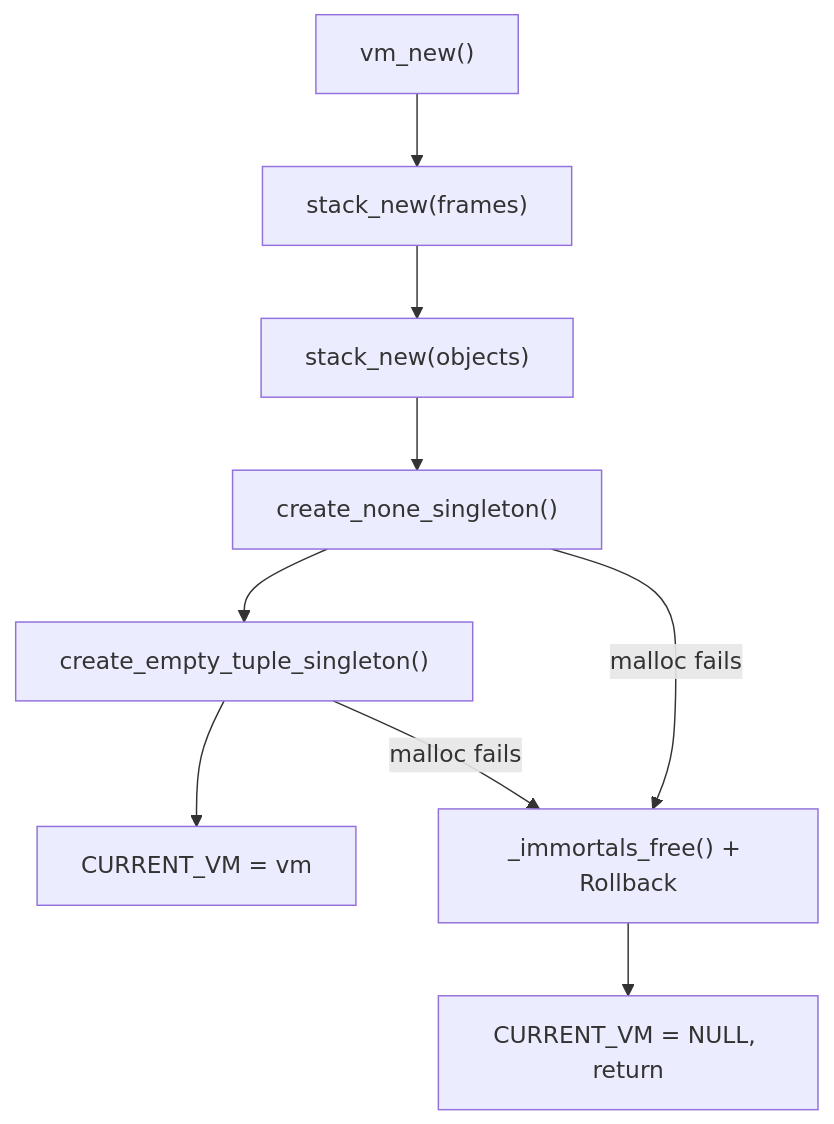
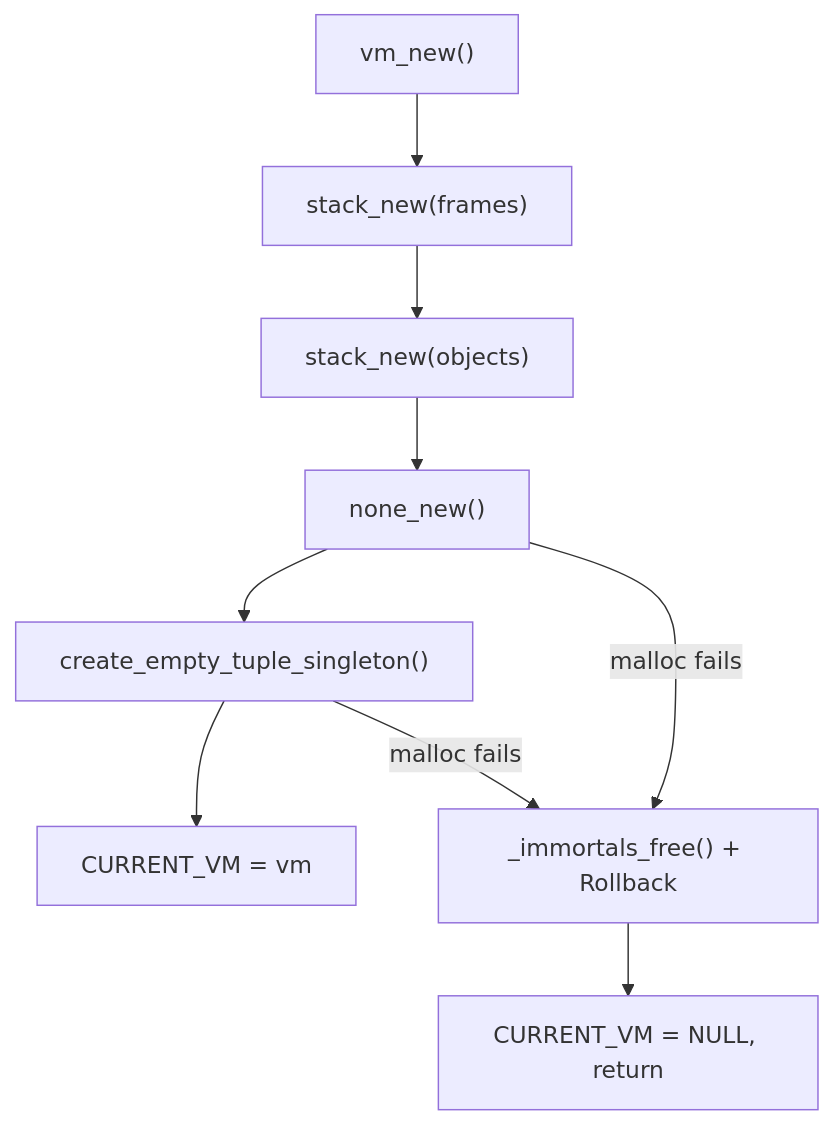
One commit to bwrob/trash-gather changed the diagram in lessons/05_immortal_objects_and_pep683.md. Above: the diagram before and after it, drawn with Mermaid. The commit also changed other lines of this file and 45 other files, not shown here.

````diff
--- a/lessons/05_immortal_objects_and_pep683.md
+++ b/lessons/05_immortal_objects_and_pep683.md
@@ -128,12 +128,12 @@
 ```mermaid
 flowchart TD
   A["vm_new()"] --> B["stack_new(frames)"]
   B --> C["stack_new(objects)"]
-  C --> D["create_none_singleton()"]
+  C --> D["none_new()"]
   D --> E["create_empty_tuple_singleton()"]
   E --> F["CURRENT_VM = vm"]
 
   D -- "malloc fails" --> R["_immortals_free() + Rollback"]
   E -- "malloc fails" --> R
   R --> Z["CURRENT_VM = NULL, return"]
 ```
````
